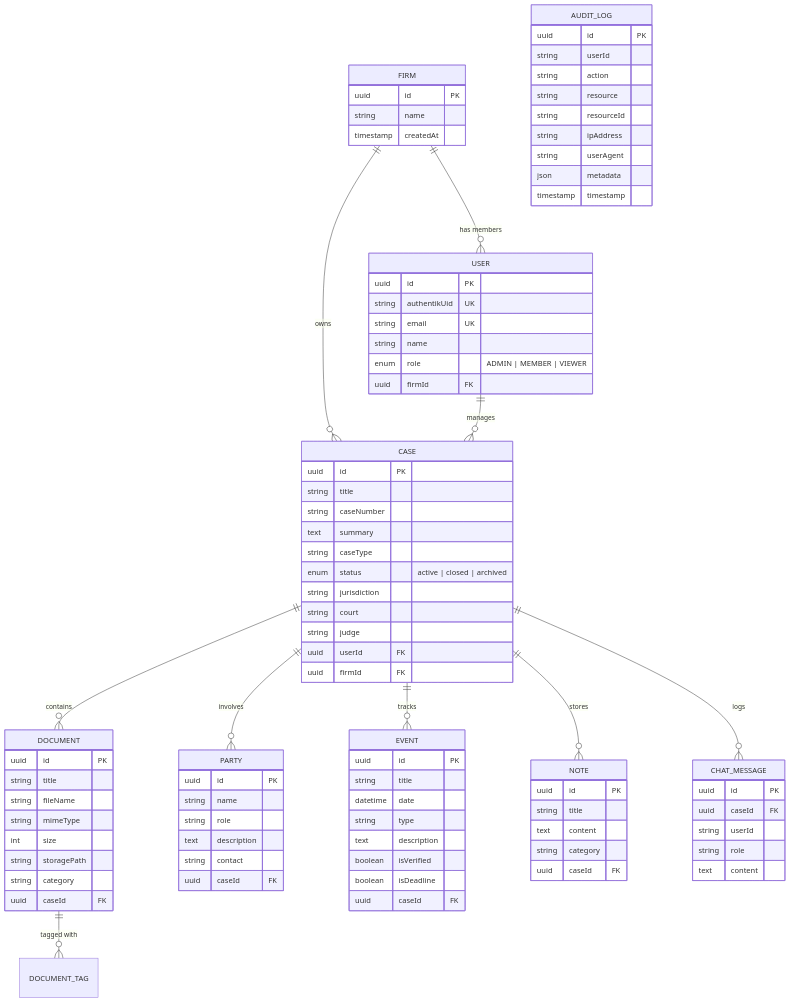
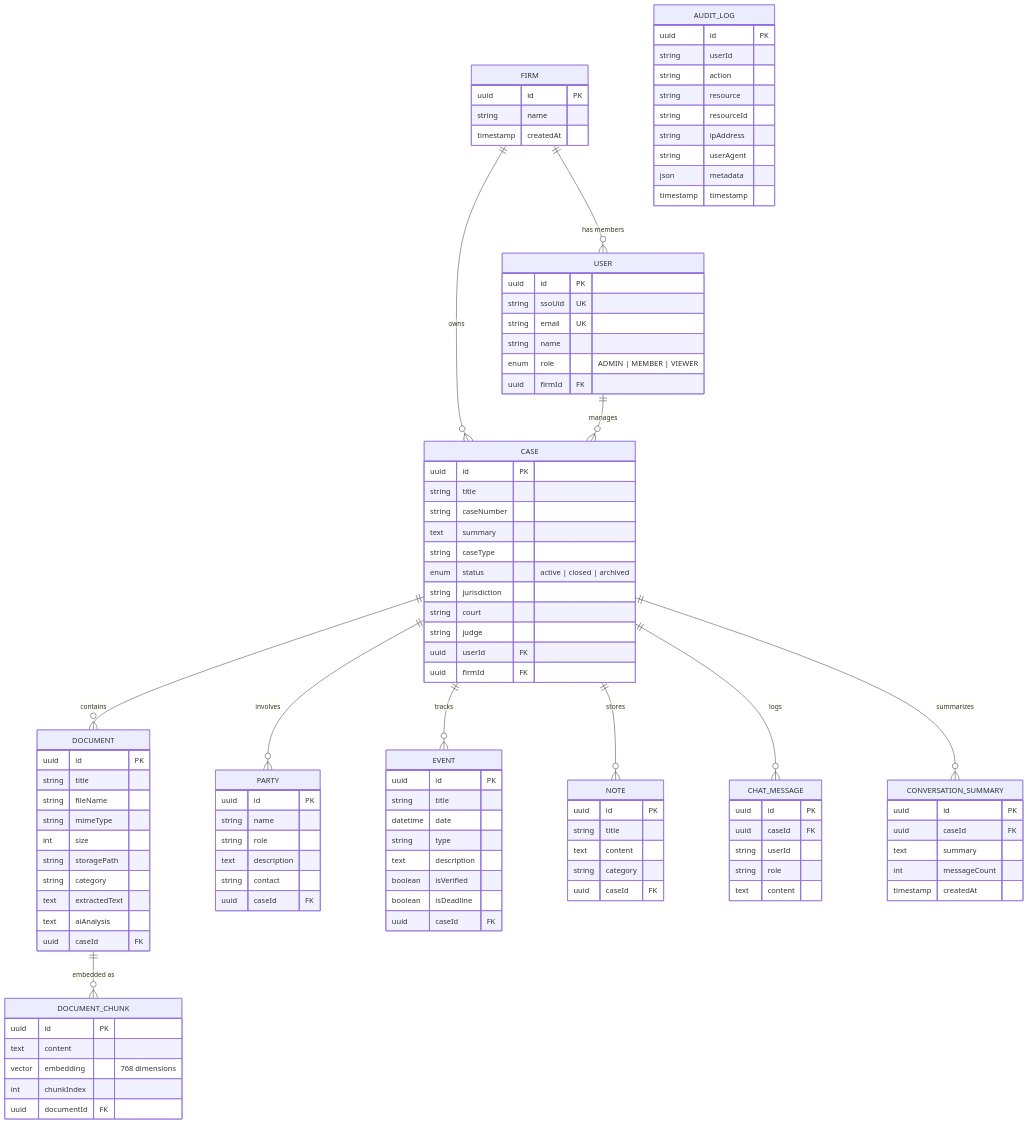
The sixth of 11 diagrams in ARCHITECTURE.md (EolaFam1828/AetherLegalIntelligence), drawn with Mermaid before and after one commit. The commit also changed other lines of this file and 15 other files, not shown here.

```diff
--- a/ARCHITECTURE.md
+++ b/ARCHITECTURE.md
@@ -118,7 +216,8 @@
     CASE ||--o{ EVENT : "tracks"
     CASE ||--o{ NOTE : "stores"
     CASE ||--o{ CHAT_MESSAGE : "logs"
-    DOCUMENT ||--o{ DOCUMENT_TAG : "tagged with"
+    CASE ||--o{ CONVERSATION_SUMMARY : "summarizes"
+    DOCUMENT ||--o{ DOCUMENT_CHUNK : "embedded as"
 
     FIRM {
         uuid id PK
@@ -128,7 +227,7 @@
 
     USER {
         uuid id PK
-        string authentikUid UK
+        string ssoUid UK
         string email UK
         string name
         enum role "ADMIN | MEMBER | VIEWER"
@@ -157,7 +256,17 @@
         int size
         string storagePath
         string category
+        text extractedText
+        text aiAnalysis
         uuid caseId FK
+    }
+
+    DOCUMENT_CHUNK {
+        uuid id PK
+        text content
+        vector embedding "768 dimensions"
+        int chunkIndex
+        uuid documentId FK
     }
 
     PARTY {
@@ -196,6 +305,14 @@
         text content
     }
 
+    CONVERSATION_SUMMARY {
+        uuid id PK
+        uuid caseId FK
+        text summary
+        int messageCount
+        timestamp createdAt
+    }
+
     AUDIT_LOG {
         uuid id PK
         string userId
```
